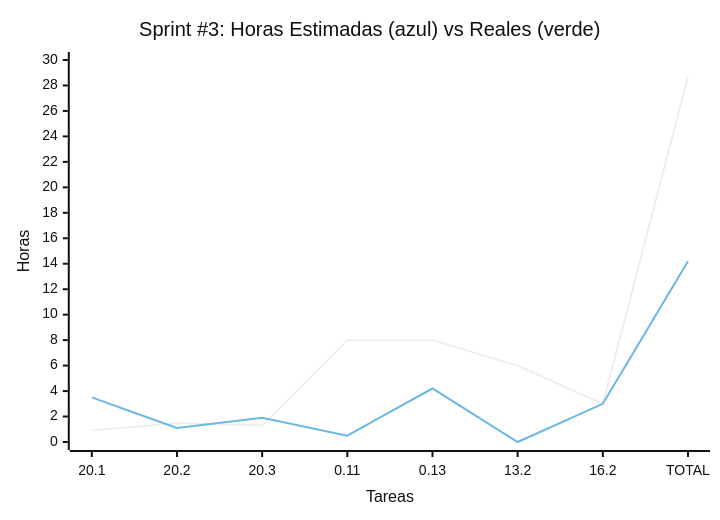
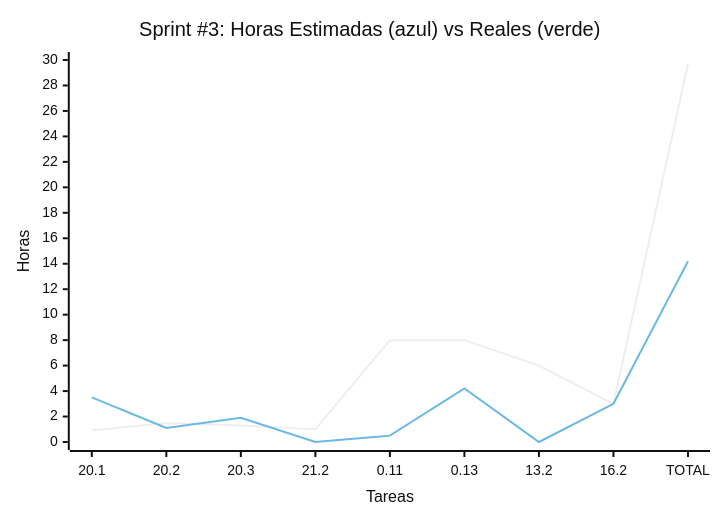
The third of 3 diagrams in docs/SprintsPlanning.md (MarkMed/FleetMan), drawn with Mermaid (neutral theme) before and after one commit. The commit also changed other lines of this file, not shown here.

````diff
--- a/docs/SprintsPlanning.md
+++ b/docs/SprintsPlanning.md
@@ -139,12 +141,12 @@
 ```mermaid
 xychart-beta
     title "Sprint #3: Horas Estimadas #40;azul#41; vs Reales #40;verde#41;"
-    x-axis "Tareas" ["20.1", "20.2", "20.3", "0.11", "0.13", "13.2", "16.2", "TOTAL"]
+    x-axis "Tareas" ["20.1", "20.2", "20.3", "21.2", "0.11", "0.13", "13.2", "16.2", "TOTAL"]
     y-axis "Horas" 0 --> 30
 	
 	%% Green line
-    line [0.9, 1.5, 1.3, 8, 8, 6, 3, 28.7]
+    line [0.9, 1.5, 1.3, 1, 8, 8, 6, 3, 29.7]
 
 	%% Black line
-    line [3.5, 1.1, 1.9, 0.5, 4.2, 0, 3, 14.2]
+    line [3.5, 1.1, 1.9, 0, 0.5, 4.2, 0, 3, 14.2]
 ```
````
